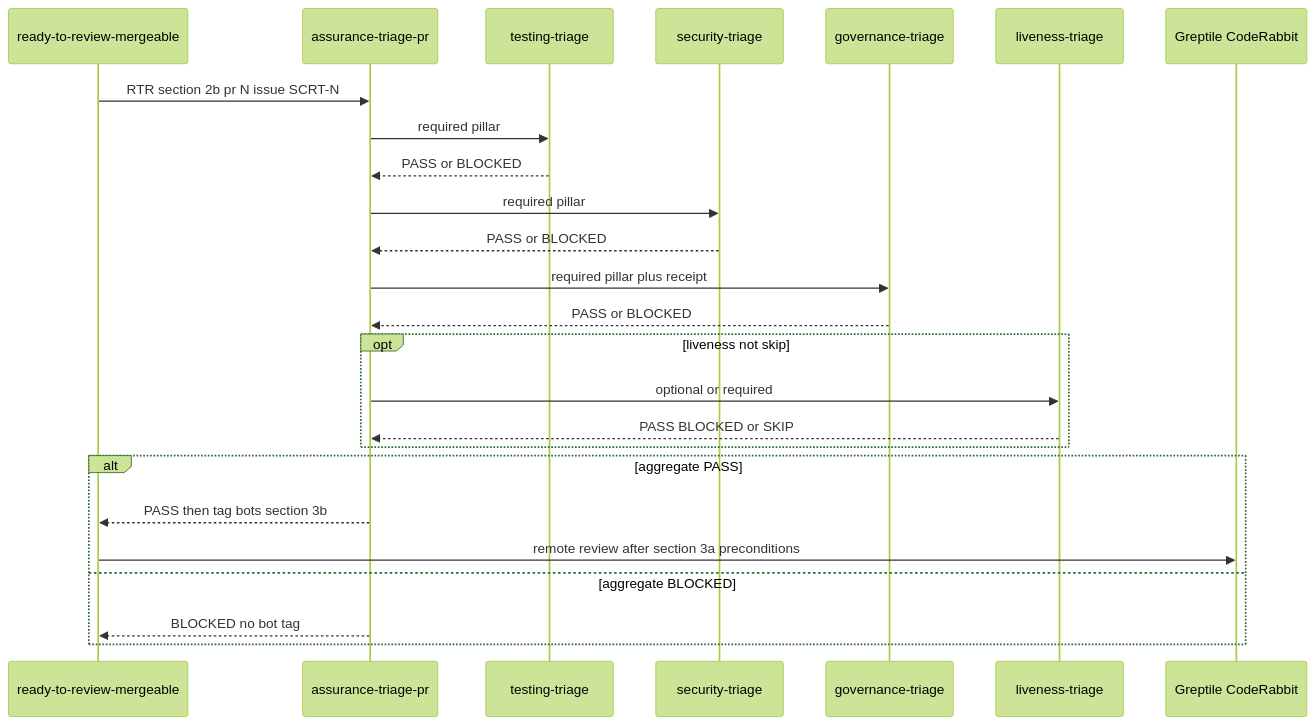
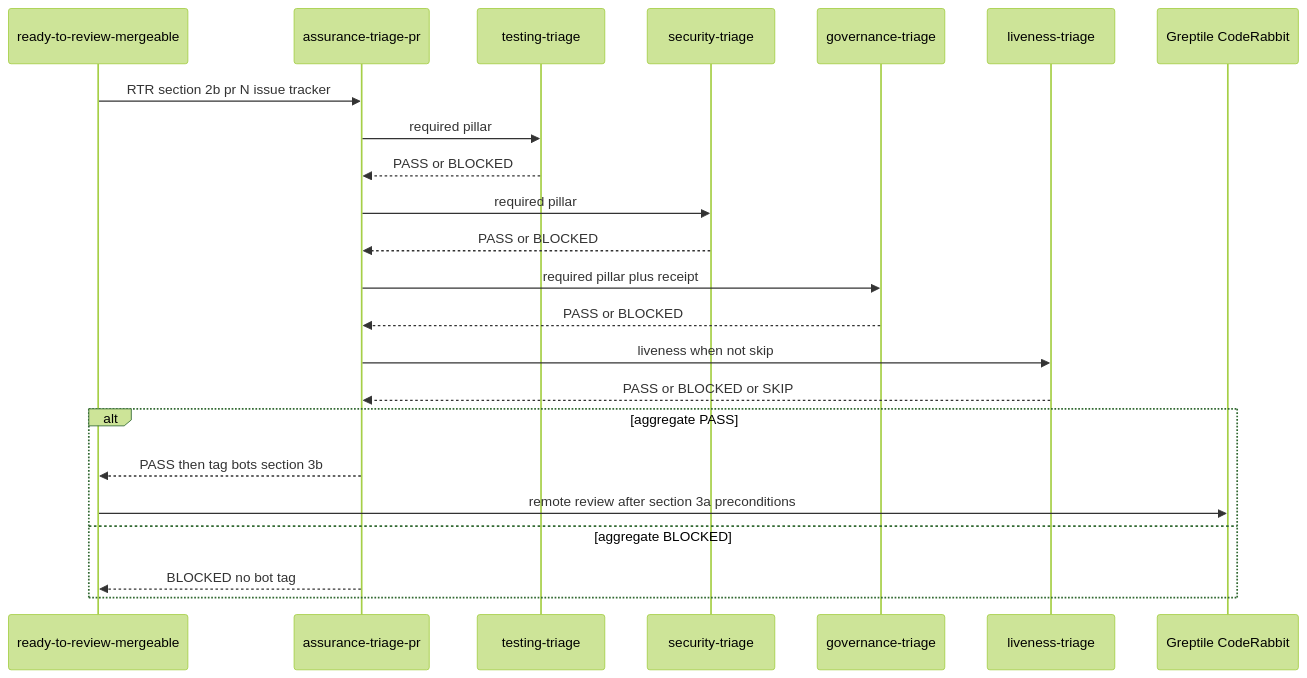
Before and after one commit to chimeranext/better-toolkits: the second of 2 diagrams in toolkits/assurance-toolkit/references/triage/protocol.md, drawn with Mermaid (forest theme). The commit also changed other lines of this file and 1 other file, not shown here.

First line of the commit message:
fix(assurance): GitHub-safe Mermaid in triage protocol (#77)

````diff
--- a/toolkits/assurance-toolkit/references/triage/protocol.md
+++ b/toolkits/assurance-toolkit/references/triage/protocol.md
@@ -64,28 +64,26 @@
 ```mermaid
 sequenceDiagram
   participant RTR as ready-to-review-mergeable
   participant Hub as assurance-triage-pr
   participant T as testing-triage
   participant S as security-triage
   participant G as governance-triage
   participant L as liveness-triage
   participant Bots as Greptile CodeRabbit
 
-  RTR->>Hub: RTR section 2b pr N issue SCRT-N
+  RTR->>Hub: RTR section 2b pr N issue tracker
   Hub->>T: required pillar
   T-->>Hub: PASS or BLOCKED
   Hub->>S: required pillar
   S-->>Hub: PASS or BLOCKED
   Hub->>G: required pillar plus receipt
   G-->>Hub: PASS or BLOCKED
-  opt liveness not skip
-    Hub->>L: optional or required
-    L-->>Hub: PASS BLOCKED or SKIP
-  end
+  Hub->>L: liveness when not skip
+  L-->>Hub: PASS or BLOCKED or SKIP
   alt aggregate PASS
     Hub-->>RTR: PASS then tag bots section 3b
     RTR->>Bots: remote review after section 3a preconditions
   else aggregate BLOCKED
     Hub-->>RTR: BLOCKED no bot tag
   end
 ```
````
